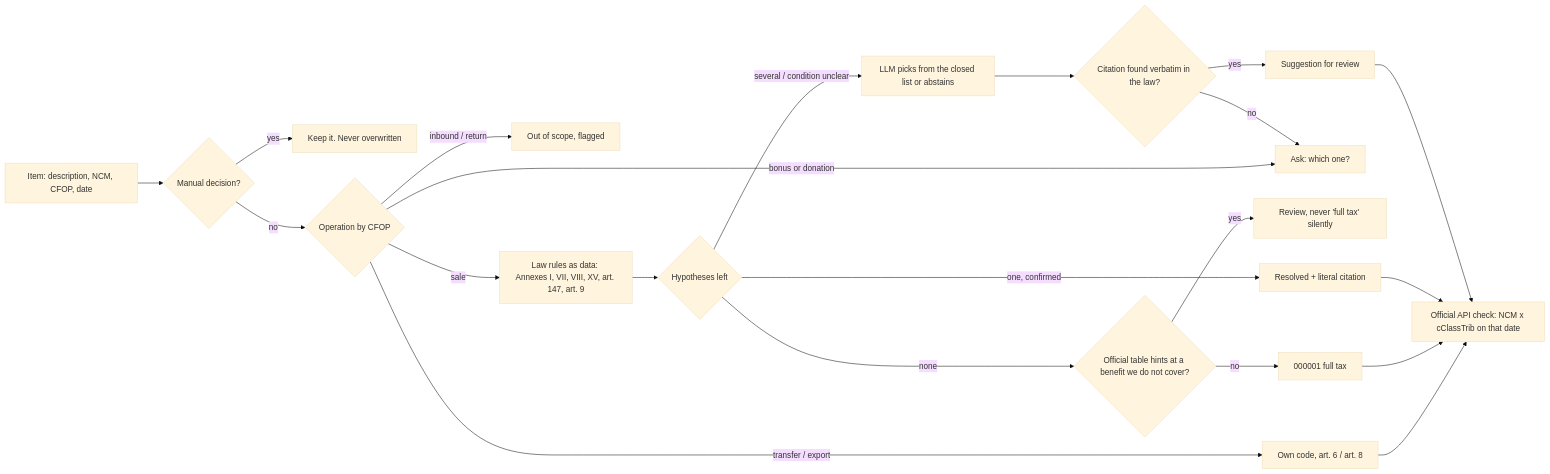
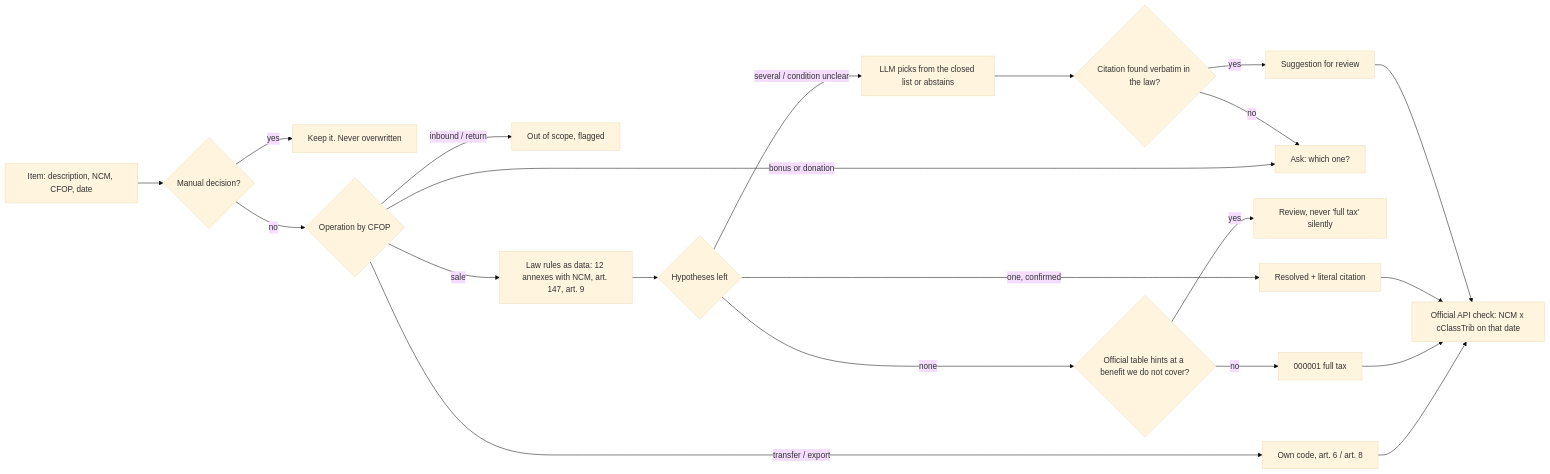
Before and after one commit to OwlHugo/enquadra: the diagram in README.md, drawn with Mermaid (base theme). The commit also changed other lines of this file and 3 other files, not shown here.

````diff
--- a/README.md
+++ b/README.md
@@ -45,20 +45,20 @@
 ```mermaid
 flowchart LR
     A[Item: description, NCM, CFOP, date] --> B{Manual decision?}
     B -- yes --> Z[Keep it. Never overwritten]
     B -- no --> C{Operation by CFOP}
     C -- transfer / export --> R1[Own code, art. 6 / art. 8]
     C -- bonus or donation --> Q[Ask: which one?]
     C -- inbound / return --> X[Out of scope, flagged]
-    C -- sale --> D[Law rules as data: Annexes I, VII, VIII, XV, art. 147, art. 9]
+    C -- sale --> D[Law rules as data: 12 annexes with NCM, art. 147, art. 9]
     D --> E{Hypotheses left}
     E -- none --> P{Official table hints at a benefit we do not cover?}
     P -- yes --> RV[Review, never 'full tax' silently]
     P -- no --> R2[000001 full tax]
     E -- one, confirmed --> R3[Resolved + literal citation]
     E -- several / condition unclear --> F[LLM picks from the closed list or abstains]
     F --> G{Citation found verbatim in the law?}
     G -- no --> Q
     G -- yes --> RV2[Suggestion for review]
     R1 & R2 & R3 & RV2 --> V[Official API check: NCM x cClassTrib on that date]
 ```
````
